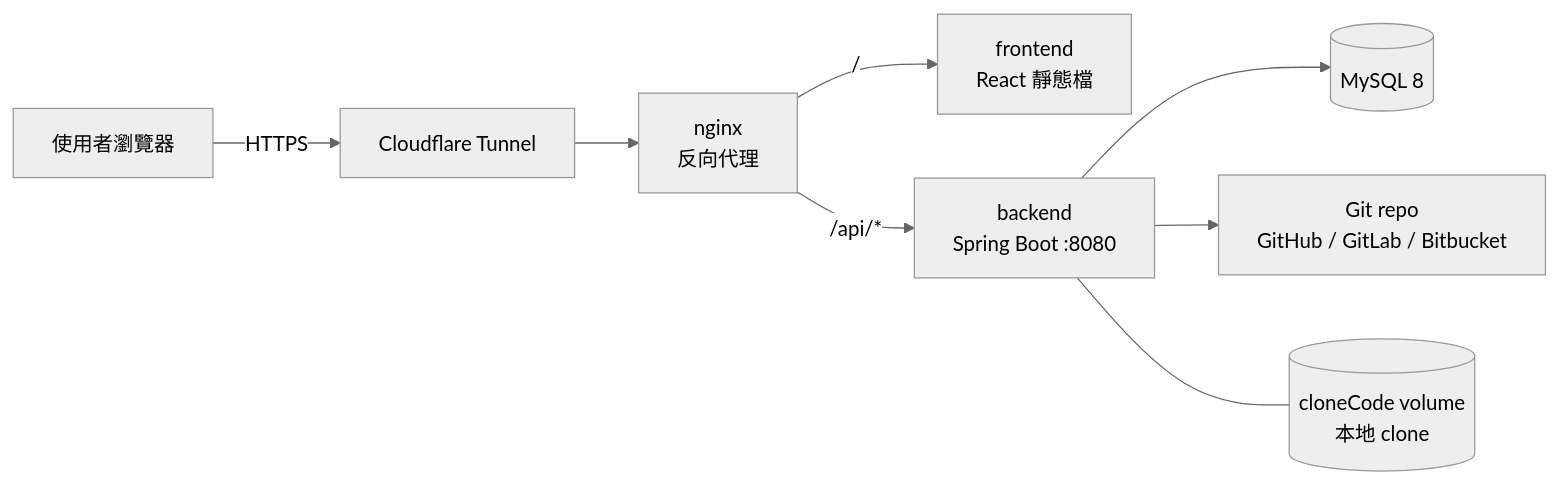
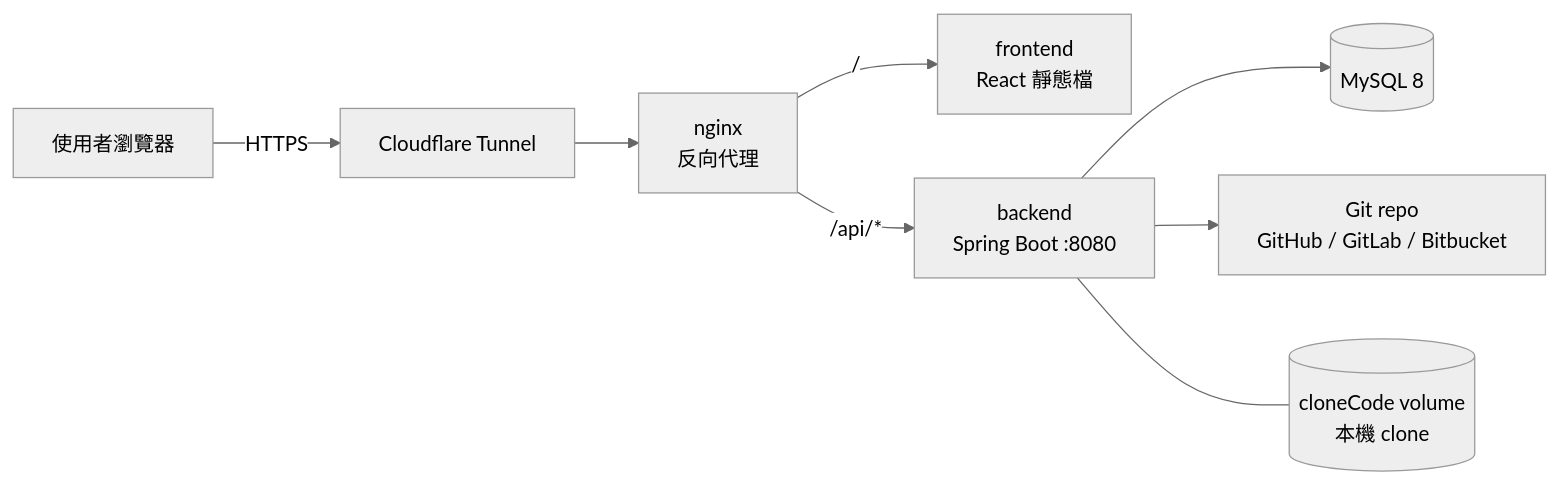
Before and after one commit to ruserxd/CodeManageSystem_ForNSTCproject: the first of 7 diagrams in docs/README.md, drawn with Mermaid (neutral theme). The commit also changed other lines of this file, not shown here.

````diff
--- a/docs/README.md
+++ b/docs/README.md
@@ -63,10 +63,10 @@
 ```mermaid
 flowchart LR
     U["使用者瀏覽器"] -->|HTTPS| CF["Cloudflare Tunnel"]
     CF --> NG["nginx<br/>反向代理"]
     NG -->|"/"| FE["frontend<br/>React 靜態檔"]
     NG -->|"/api/*"| BE["backend<br/>Spring Boot :8080"]
     BE --> DB[("MySQL 8")]
     BE --> GIT["Git repo<br/>GitHub / GitLab / Bitbucket"]
-    BE --- VOL[("cloneCode volume<br/>本地 clone")]
+    BE --- VOL[("cloneCode volume<br/>本機 clone")]
 ```
````
